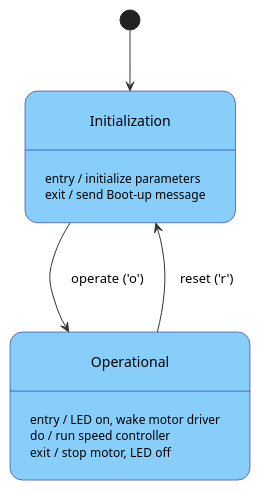
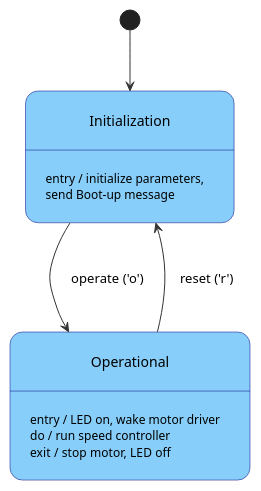
Before and after one commit to olisteinn/Project3: the diagram in Part_1/docs/diagrams/src/state_part1.wsd, drawn with PlantUML. The commit also changed 1 other file, not shown here.

```diff
--- a/Part_1/docs/diagrams/src/state_part1.wsd
+++ b/Part_1/docs/diagrams/src/state_part1.wsd
@@ -1,28 +1,27 @@
 @startuml state_machine
 skinparam defaultTextAlignment center
 skinparam ArrowColor #333333
 skinparam StateBackgroundColor LightSkyBlue
 skinparam StateBorderColor Navy
 skinparam Padding 15
 
 
 [*] --> Initialization
 
 state Initialization {
-Initialization : entry / initialize parameters
-Initialization : exit / send Boot-up message
+Initialization : entry / initialize parameters,\nsend Boot-up message
 }
 
 state Operational {
 Operational : entry / LED on, wake motor driver
 Operational : do / run speed controller
 Operational : exit / stop motor, LED off
 }
 
 ' Main flow
 Initialization --> Operational : operate ('o')
 
 ' Reset path
 Operational -up-> Initialization : reset ('r')
 
 @enduml
```
